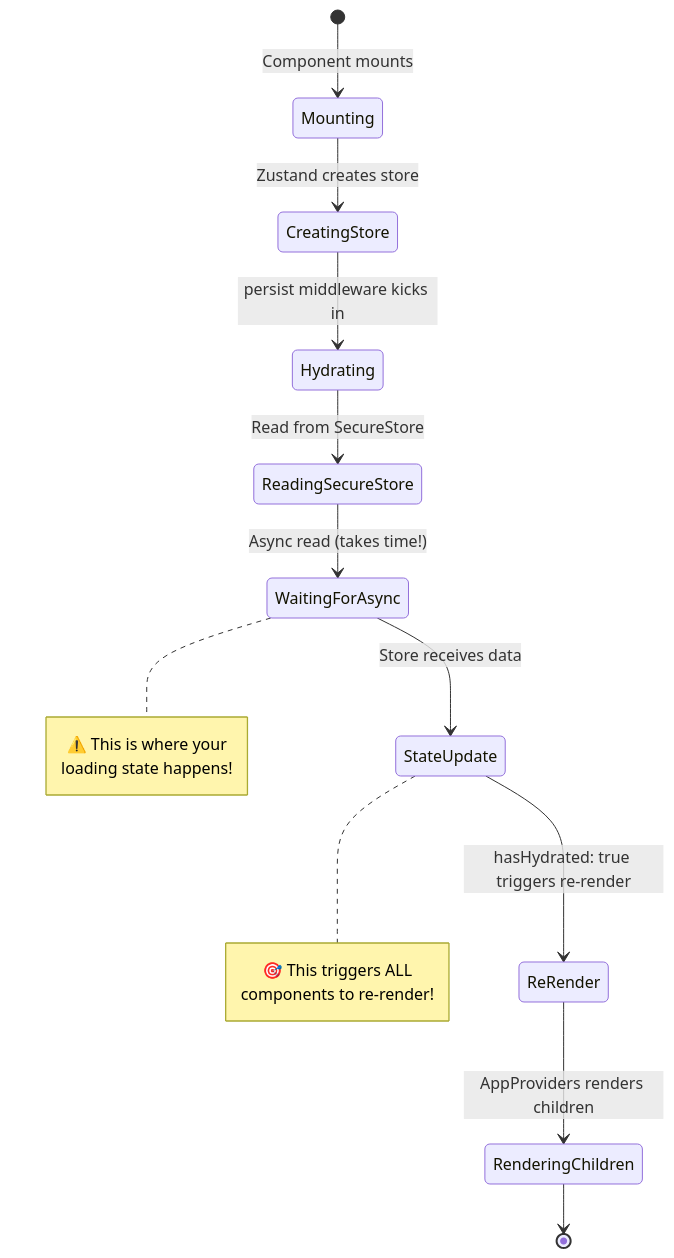
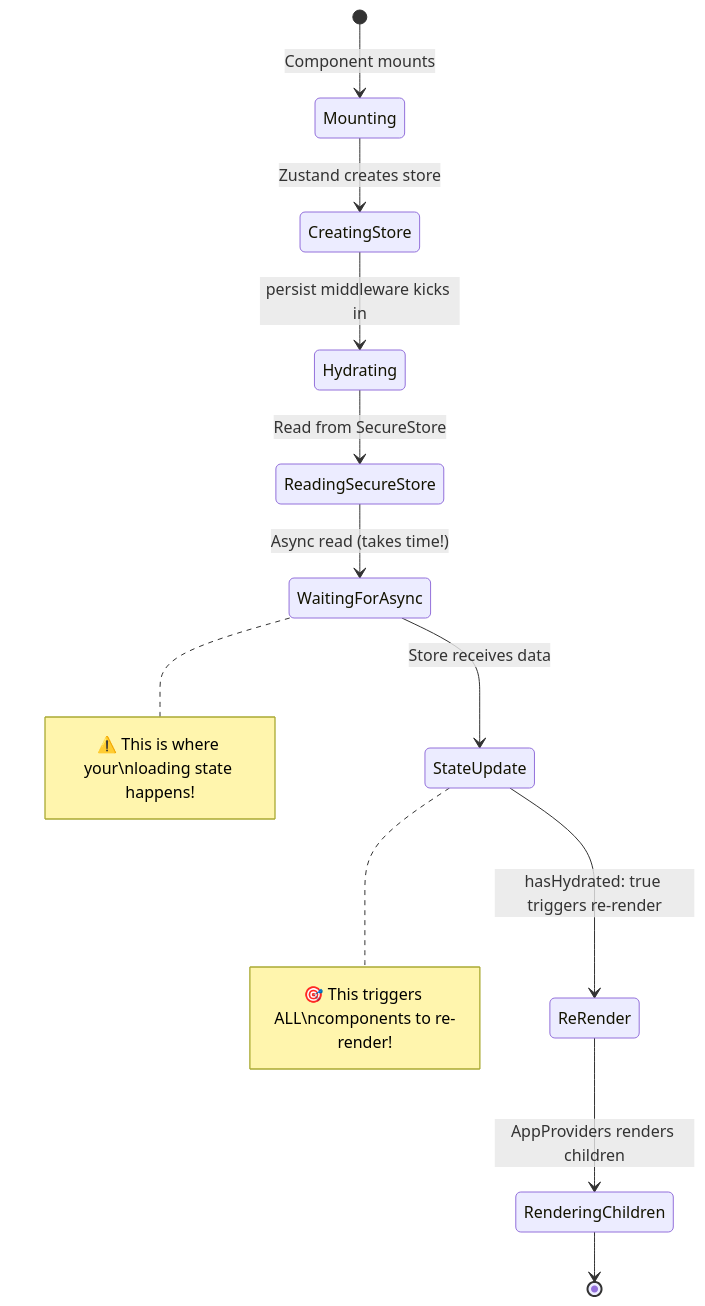
The fifth of 10 diagrams in docs/AUTH_FLOW_ARCHITECTURE.md (ahmed-lotfy-dev/selfTracker), drawn with Mermaid before and after one commit. The commit also changed other lines of this file and 3 other files, not shown here.

Commit message:
enhance oauth callback with branding and fix mermaid diagrams

````diff
--- a/docs/AUTH_FLOW_ARCHITECTURE.md
+++ b/docs/AUTH_FLOW_ARCHITECTURE.md
@@ -217,15 +217,15 @@
 ```mermaid
 stateDiagram-v2
     [*] --> Mounting: Component mounts
     Mounting --> CreatingStore: Zustand creates store
     CreatingStore --> Hydrating: persist middleware kicks in
     Hydrating --> ReadingSecureStore: Read from SecureStore
     ReadingSecureStore --> WaitingForAsync: Async read (takes time!)
     WaitingForAsync --> StateUpdate: Store receives data
     StateUpdate --> ReRender: hasHydrated: true triggers re-render
     ReRender --> RenderingChildren: AppProviders renders children
     RenderingChildren --> [*]
     
-    Note right of WaitingForAsync: ⚠️ This is where your<br/>loading state happens!
-    Note right of StateUpdate: 🎯 This triggers ALL<br/>components to re-render!
+    Note right of WaitingForAsync: ⚠️ This is where your\nloading state happens!
+    Note right of StateUpdate: 🎯 This triggers ALL\ncomponents to re-render!
 ```
````
